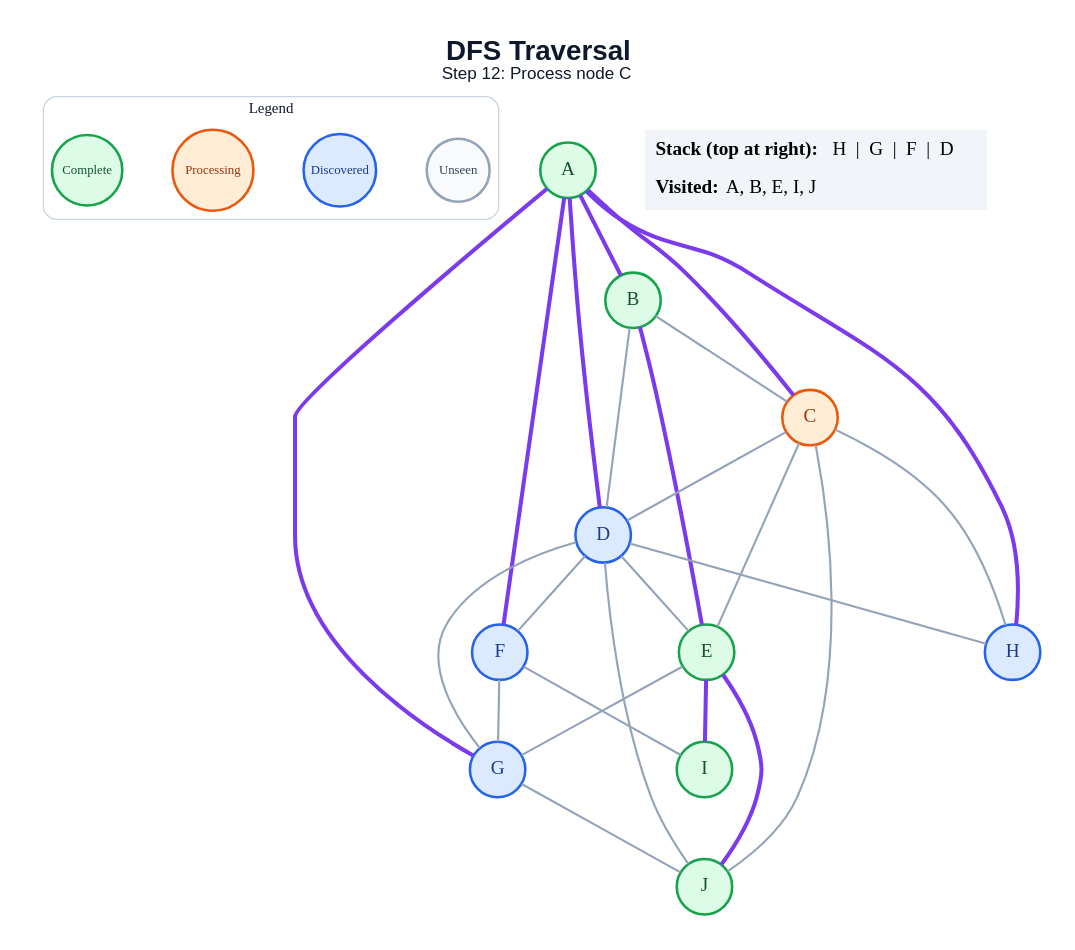
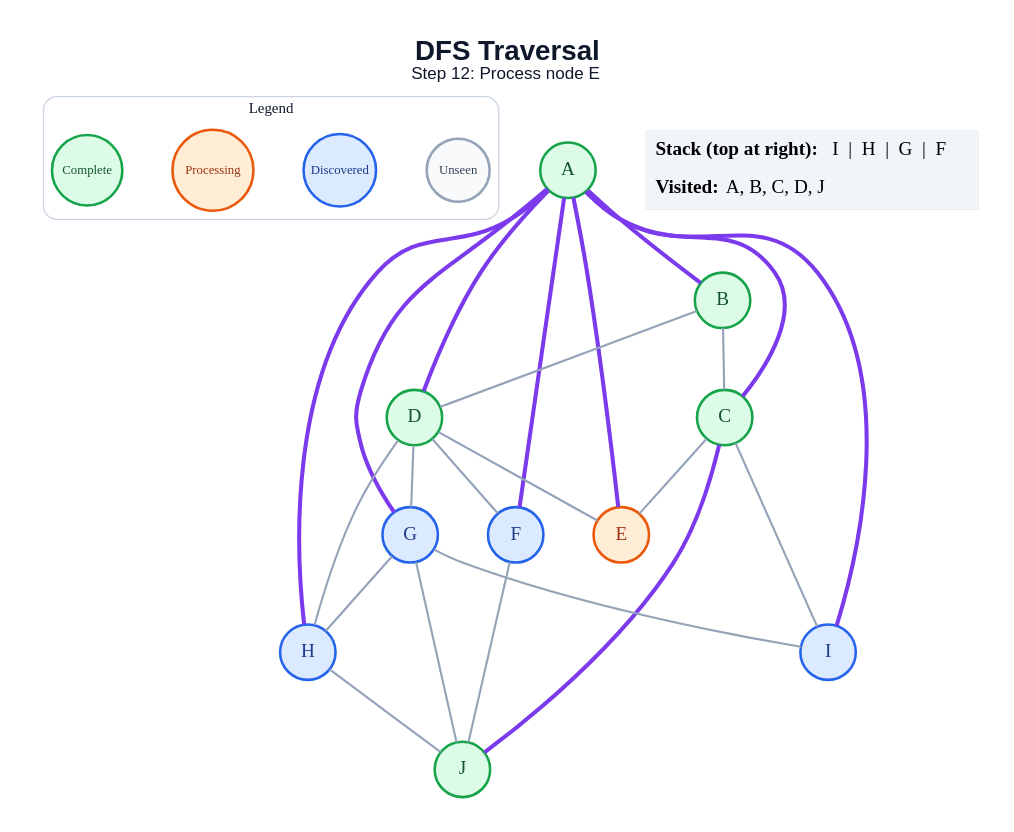
Before and after one commit to amanghodawala9/ai-slop: the diagram in generated/dfs/step_12.dot, drawn with Graphviz. The commit also changed 178 other files, not shown here.

```diff
--- a/generated/dfs/step_12.dot
+++ b/generated/dfs/step_12.dot
@@ -1,53 +1,51 @@
 graph traversal {
   graph [layout=dot, rankdir=TB, bgcolor="#FFFFFF", pad="0.35", nodesep="0.65", ranksep="0.8", fontname="Arial"];
   node [shape=circle, style="filled", fontname="Arial Bold", fontsize=18, width=0.72, fixedsize=true, penwidth=2.4];
   edge [color="#94A3B8", penwidth=2.0];
-  label=<<B>DFS Traversal</B><BR/><FONT POINT-SIZE="16">Step 12: Process node C</FONT>>; labelloc="t"; fontsize=26; fontname="Arial"; fontcolor="#0F172A";
+  label=<<B>DFS Traversal</B><BR/><FONT POINT-SIZE="16">Step 12: Process node E</FONT>>; labelloc="t"; fontsize=26; fontname="Arial"; fontcolor="#0F172A";
   subgraph cluster_legend { label="Legend"; color="#CBD5E1"; penwidth=1.2; style="rounded"; fontsize=14; fontname="Arial Bold";
     key_unseen [label="Unseen", fillcolor="#F8FAFC", color="#94A3B8", fontcolor="#334155", fontsize=12, width=0.82];
     key_frontier [label="Discovered", fillcolor="#DBEAFE", color="#2563EB", fontcolor="#1E3A8A", fontsize=12, width=0.95];
     key_current [label="Processing", fillcolor="#FFEDD5", color="#EA580C", fontcolor="#9A3412", fontsize=12, width=1.05];
     key_done [label="Complete", fillcolor="#DCFCE7", color="#16A34A", fontcolor="#14532D", fontsize=12, width=0.92];
     { rank=same; key_unseen; key_frontier; key_current; key_done; }
   }
   A [fillcolor="#DCFCE7", color="#16A34A", fontcolor="#14532D"];
   B [fillcolor="#DCFCE7", color="#16A34A", fontcolor="#14532D"];
-  C [fillcolor="#FFEDD5", color="#EA580C", fontcolor="#9A3412"];
-  D [fillcolor="#DBEAFE", color="#2563EB", fontcolor="#1E3A8A"];
-  E [fillcolor="#DCFCE7", color="#16A34A", fontcolor="#14532D"];
+  C [fillcolor="#DCFCE7", color="#16A34A", fontcolor="#14532D"];
+  D [fillcolor="#DCFCE7", color="#16A34A", fontcolor="#14532D"];
+  E [fillcolor="#FFEDD5", color="#EA580C", fontcolor="#9A3412"];
   F [fillcolor="#DBEAFE", color="#2563EB", fontcolor="#1E3A8A"];
   G [fillcolor="#DBEAFE", color="#2563EB", fontcolor="#1E3A8A"];
   H [fillcolor="#DBEAFE", color="#2563EB", fontcolor="#1E3A8A"];
-  I [fillcolor="#DCFCE7", color="#16A34A", fontcolor="#14532D"];
+  I [fillcolor="#DBEAFE", color="#2563EB", fontcolor="#1E3A8A"];
   J [fillcolor="#DCFCE7", color="#16A34A", fontcolor="#14532D"];
   A -- B [color="#7C3AED", penwidth=3.8];
   A -- C [color="#7C3AED", penwidth=3.8];
   A -- D [color="#7C3AED", penwidth=3.8];
+  A -- E [color="#7C3AED", penwidth=3.8];
   A -- F [color="#7C3AED", penwidth=3.8];
   A -- G [color="#7C3AED", penwidth=3.8];
   A -- H [color="#7C3AED", penwidth=3.8];
+  A -- I [color="#7C3AED", penwidth=3.8];
   B -- C;
   B -- D;
-  B -- E [color="#7C3AED", penwidth=3.8];
-  C -- D;
   C -- E;
-  C -- H;
-  C -- J;
+  C -- I;
+  C -- J [color="#7C3AED", penwidth=3.8];
   D -- E;
   D -- F;
   D -- G;
   D -- H;
-  D -- J;
-  E -- G;
-  E -- I [color="#7C3AED", penwidth=3.8];
-  E -- J [color="#7C3AED", penwidth=3.8];
-  F -- G;
-  F -- I;
+  F -- J;
+  G -- H;
+  G -- I;
   G -- J;
+  H -- J;
   status [shape=plain, fixedsize=false, width=0, height=0, margin=0, label=<
     <TABLE BORDER="0" CELLBORDER="0" CELLPADDING="7" BGCOLOR="#F1F5F9">
-      <TR><TD ALIGN="LEFT"><B>Stack (top at right):</B> H  |  G  |  F  |  D</TD></TR>
-      <TR><TD ALIGN="LEFT"><B>Visited:</B> A, B, E, I, J</TD></TR>
+      <TR><TD ALIGN="LEFT"><B>Stack (top at right):</B> I  |  H  |  G  |  F</TD></TR>
+      <TR><TD ALIGN="LEFT"><B>Visited:</B> A, B, C, D, J</TD></TR>
     </TABLE>
   >];
 }
```
